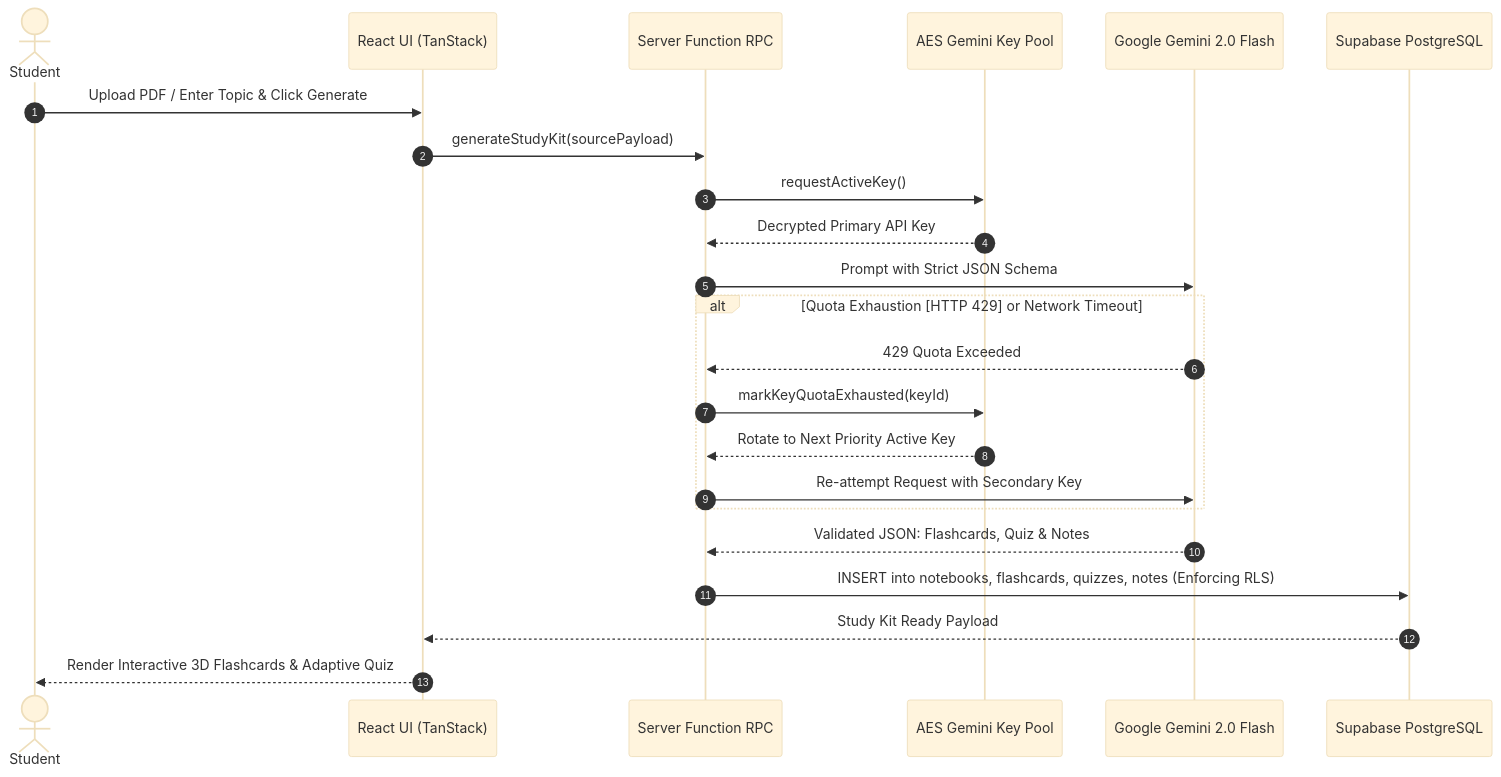
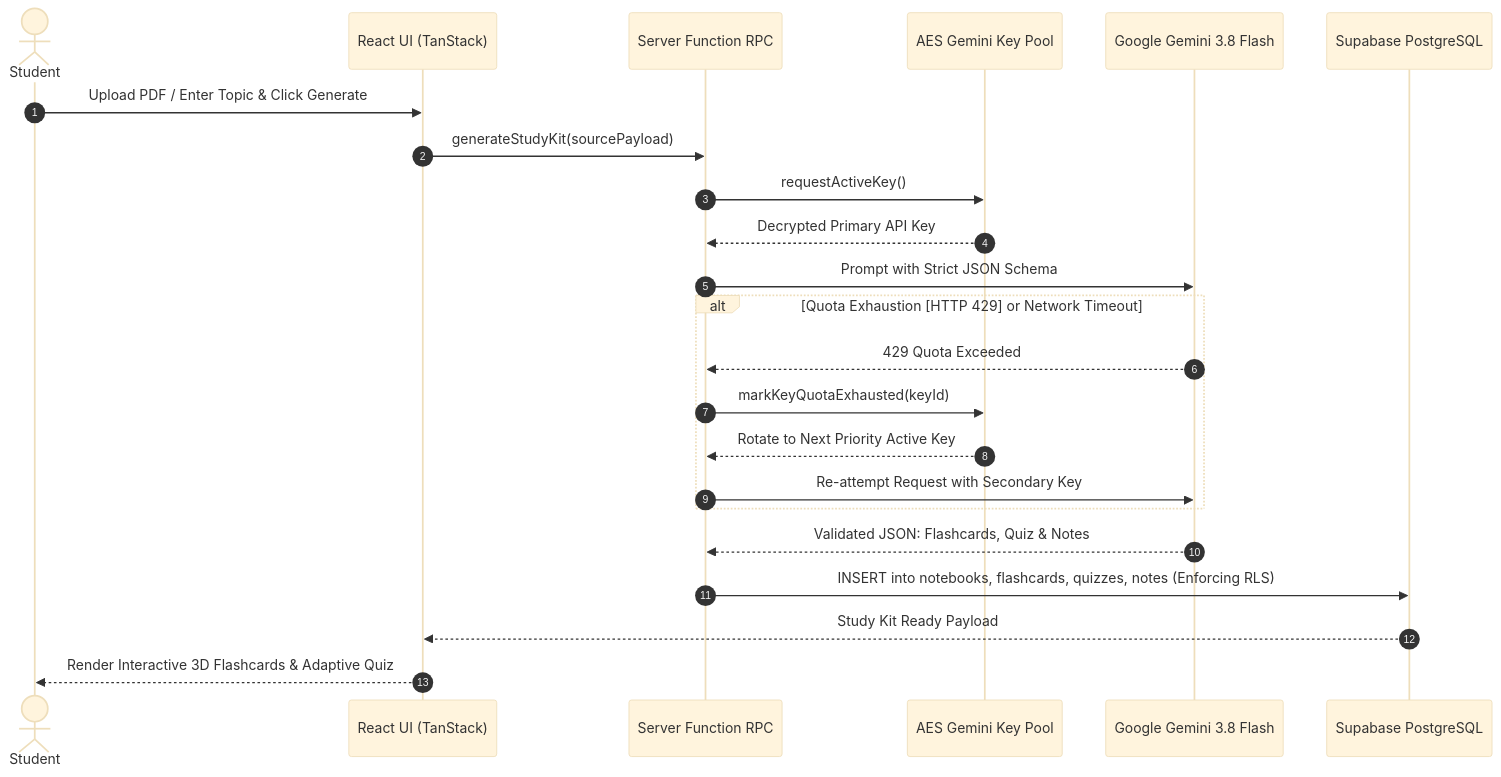
One commit to eseromdemissew/vellum changed the sixth of 7 diagrams in README.md. Above: the diagram before and after it, drawn with Mermaid (base theme). The commit also changed other lines of this file, not shown here.

````diff
--- a/README.md
+++ b/README.md
@@ -553,26 +553,26 @@
 ```mermaid
 sequenceDiagram
     autonumber
     actor S as Student
     participant UI as React UI (TanStack)
     participant SF as Server Function RPC
     participant KP as AES Gemini Key Pool
-    participant G as Google Gemini 2.0 Flash
+    participant G as Google Gemini 3.8 Flash
     participant DB as Supabase PostgreSQL
 
     S->>UI: Upload PDF / Enter Topic & Click Generate
     UI->>SF: generateStudyKit(sourcePayload)
     SF->>KP: requestActiveKey()
     KP-->>SF: Decrypted Primary API Key
     SF->>G: Prompt with Strict JSON Schema
     alt Quota Exhaustion [HTTP 429] or Network Timeout
         G-->>SF: 429 Quota Exceeded
         SF->>KP: markKeyQuotaExhausted(keyId)
         KP-->>SF: Rotate to Next Priority Active Key
         SF->>G: Re-attempt Request with Secondary Key
     end
     G-->>SF: Validated JSON: Flashcards, Quiz & Notes
     SF->>DB: INSERT into notebooks, flashcards, quizzes, notes (Enforcing RLS)
     DB-->>UI: Study Kit Ready Payload
     UI-->>S: Render Interactive 3D Flashcards & Adaptive Quiz
 ```
````
